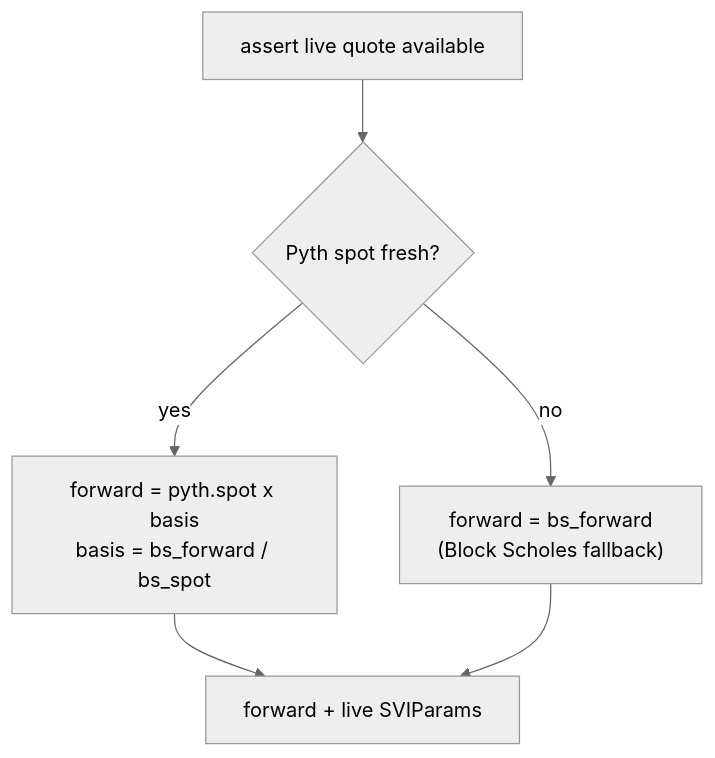
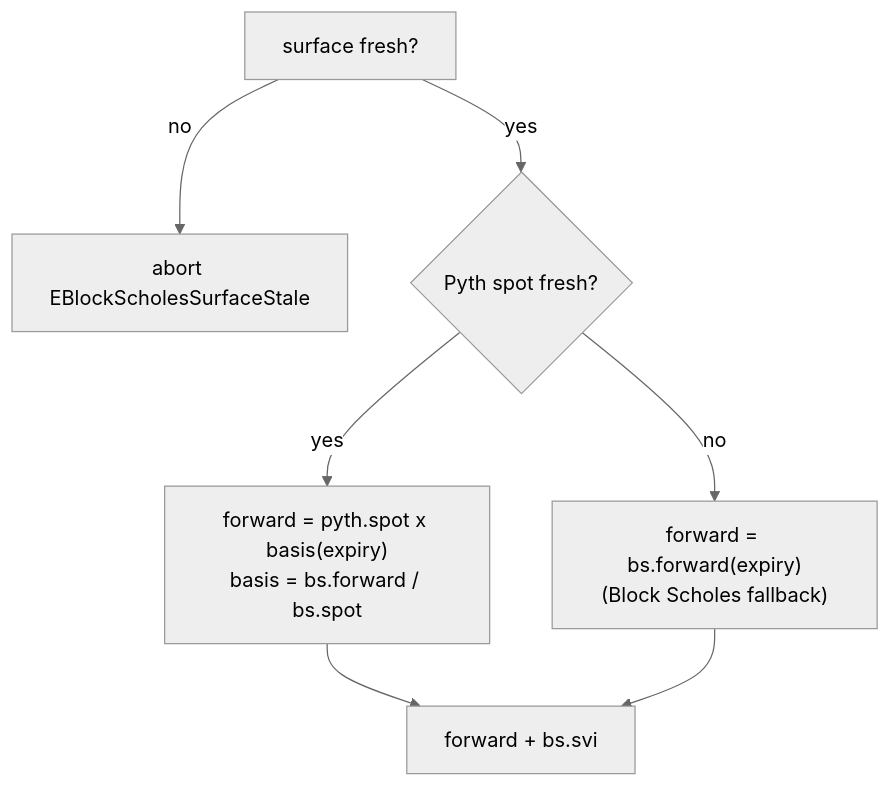
Before and after one commit to MystenLabs/deepbookv3: the diagram in packages/predict/docs/concepts/pricing-and-oracles.md, drawn with Mermaid (neutral theme). The commit also changed other lines of this file and 16 other files, not shown here.

````diff
--- a/packages/predict/docs/concepts/pricing-and-oracles.md
+++ b/packages/predict/docs/concepts/pricing-and-oracles.md
@@ -76,8 +85,9 @@
 ```mermaid
 flowchart TD
-    A[assert live quote available] --> B{Pyth spot fresh?}
-    B -- yes --> C["forward = pyth.spot x basis<br/>basis = bs_forward / bs_spot"]
-    B -- no --> D["forward = bs_forward<br/>(Block Scholes fallback)"]
-    C --> E[forward + live SVIParams]
+    A[surface fresh?] -- no --> X[abort EBlockScholesSurfaceStale]
+    A -- yes --> B{Pyth spot fresh?}
+    B -- yes --> C["forward = pyth.spot x basis(expiry)<br/>basis = bs.forward / bs.spot"]
+    B -- no --> D["forward = bs.forward(expiry)<br/>(Block Scholes fallback)"]
+    C --> E[forward + bs.svi]
     D --> E
 ```
````
